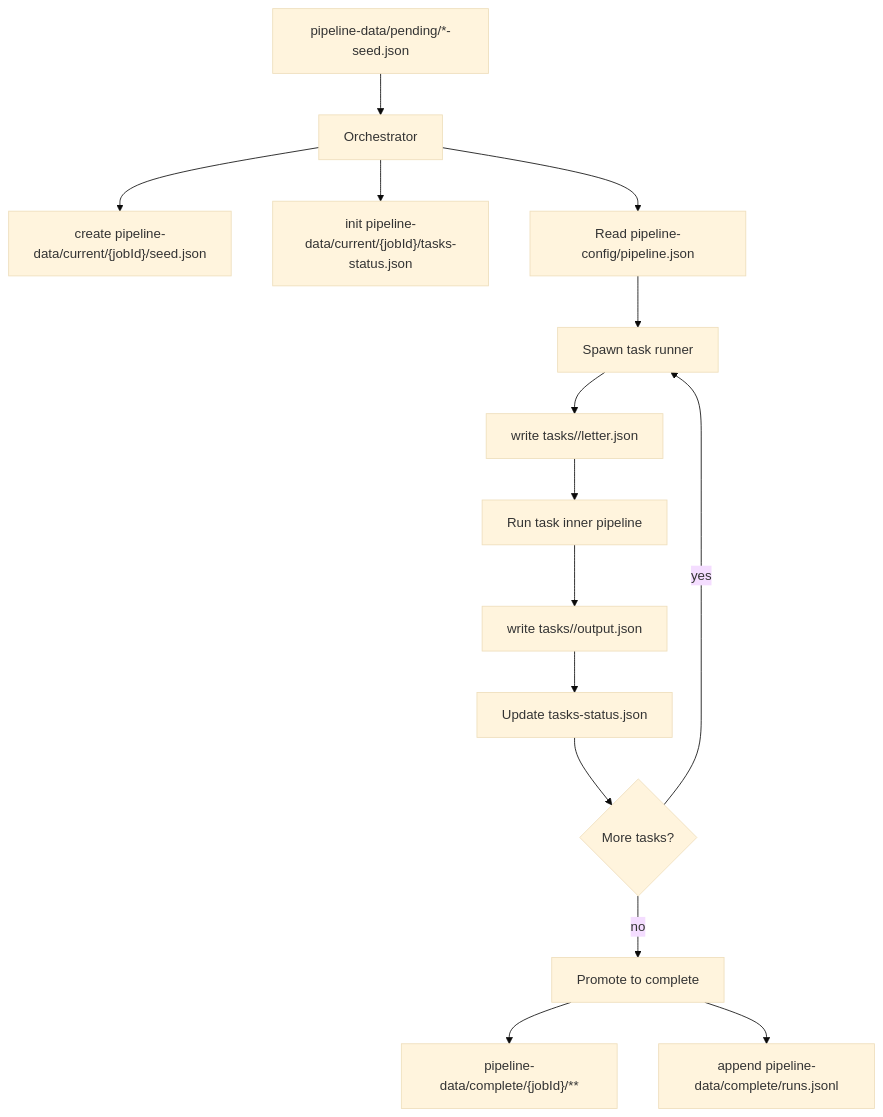
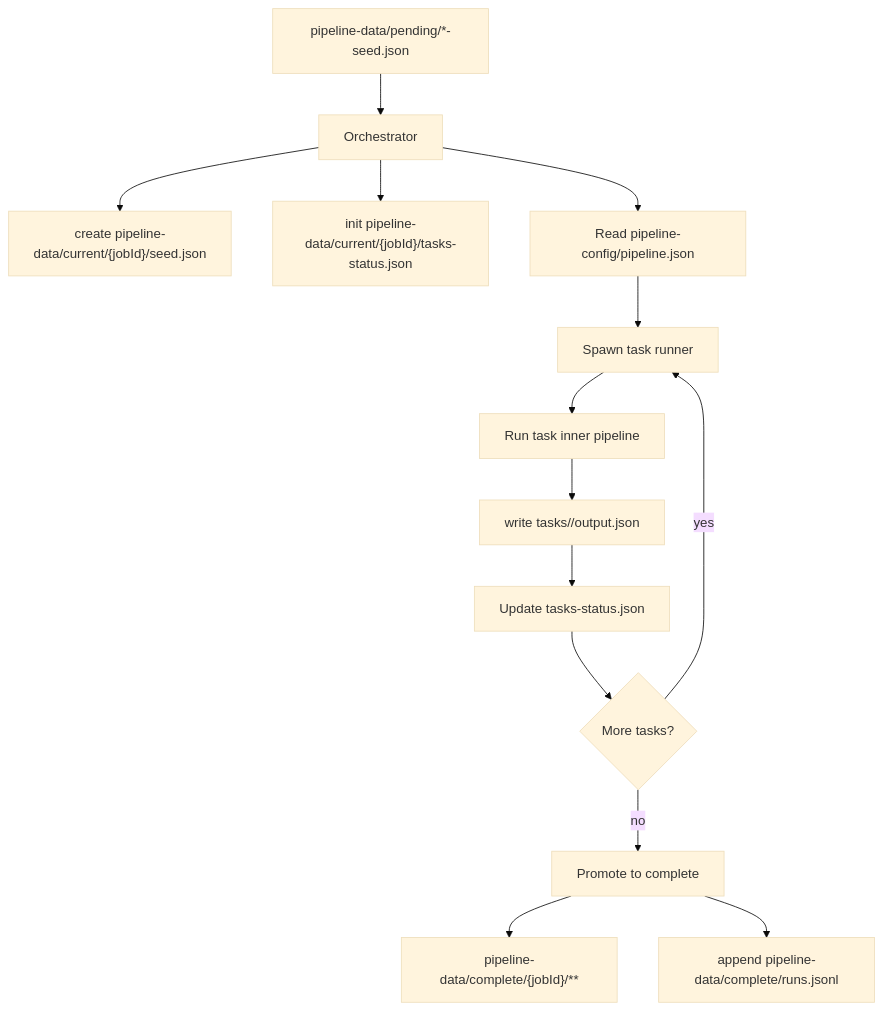
Before and after one commit to ryan-mahoney/prompt-orchestration-pipeline: the first of 2 diagrams in README.md, drawn with Mermaid (base theme). The commit also changed 2 other files, not shown here.

Commit message:
feat(core): remove letter.json writes from pipeline runner
- Remove letter.json writes from pipeline-runner.js per Step 6 of PR redo spec
- Update artifacts tracking to use output.json and execution-logs.json only
- Remove legacy letter.json metadata file creation
- Update documentation in docs/storage.md to reflect removal
- Update README.md flowchart to remove letter.json reference
- Tests pass successfully after removing letter.json dependencies

This change breaks backward compatibility as specified in the PR redo specification.

````diff
--- a/README.md
+++ b/README.md
@@ -57,17 +57,16 @@
 ```mermaid
 flowchart TD
   A["pipeline-data/pending/*-seed.json"] --> B[Orchestrator]
   B --> C["create pipeline-data/current/{jobId}/seed.json"]
   B --> D["init pipeline-data/current/{jobId}/tasks-status.json"]
   B --> E[Read pipeline-config/pipeline.json]
   E --> F[Spawn task runner]
-  F --> G["write tasks/<task>/letter.json"]
-  G --> H[Run task inner pipeline]
+  F --> H[Run task inner pipeline]
   H --> I["write tasks/<task>/output.json"]
   I --> J[Update tasks-status.json]
   J --> K{More tasks?}
   K -->|yes| F
   K -->|no| L[Promote to complete]
   L --> M["pipeline-data/complete/{jobId}/**"]
   L --> N["append pipeline-data/complete/runs.jsonl"]
 ```
````
